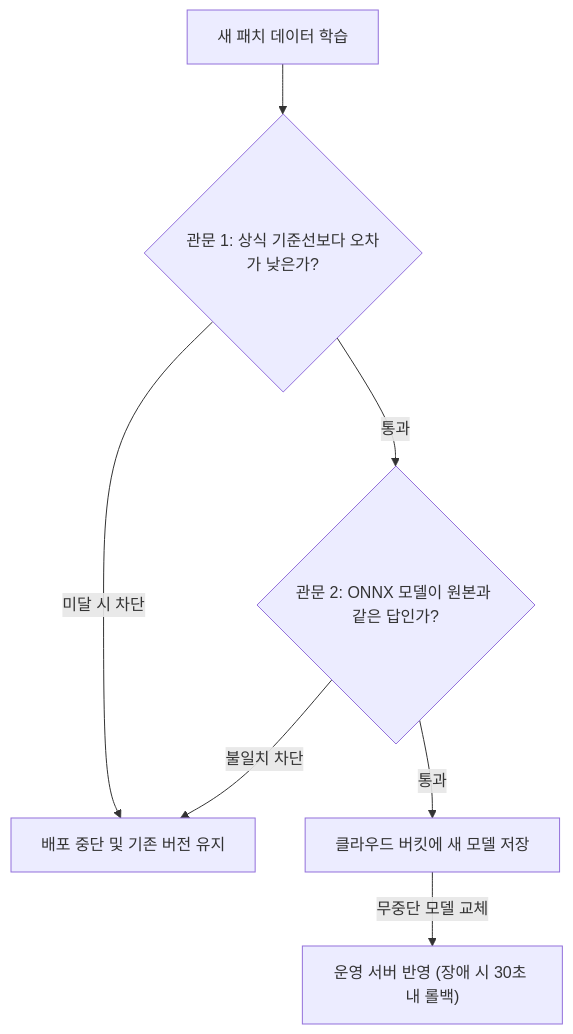
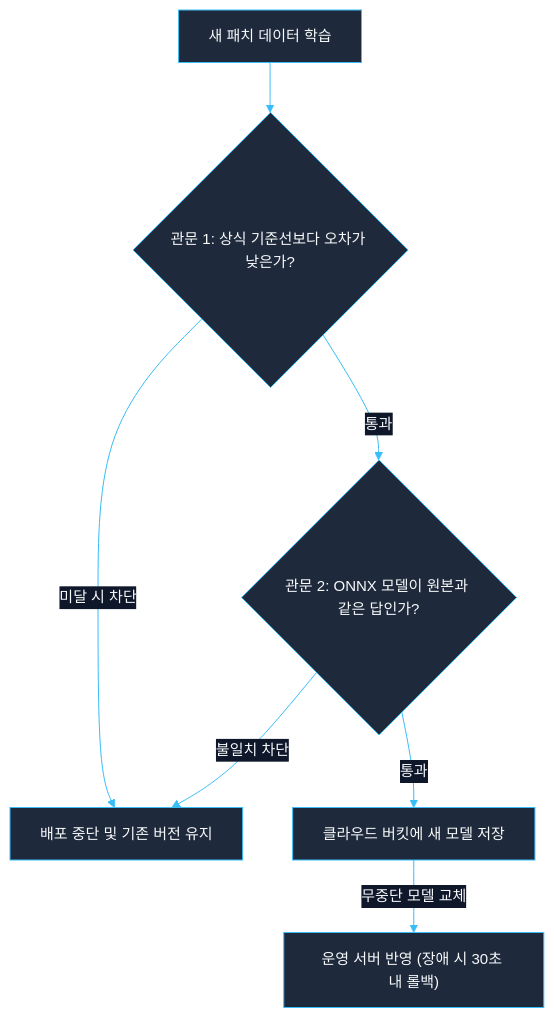
The third of 3 diagrams in 계획서.md (wpalswpa/lol-pacemaker-mlops), drawn with Mermaid before and after one commit. The commit also changed other lines of this file and 2 other files, not shown here.

Commit message:
docs: add visualized Task-Runner MLOps architecture & overlay HUD images and dark-theme readable Mermaid

````diff
--- a/계획서.md
+++ b/계획서.md
@@ -74,9 +80,10 @@
 ```mermaid
+%%{init: {'theme': 'base', 'themeVariables': {'primaryColor': '#1E293B', 'primaryTextColor': '#F8FAFC', 'primaryBorderColor': '#38BDF8', 'lineColor': '#38BDF8', 'edgeLabelBackground': '#0F172A', 'fontSize': '15px'}}}%%
 flowchart TD
     Train["새 패치 데이터 학습"] --> Gate1{"관문 1: 상식 기준선보다 오차가 낮은가?"}
     Gate1 -->|"미달 시 차단"| Block["배포 중단 및 기존 버전 유지"]
     Gate1 -->|"통과"| Gate2{"관문 2: ONNX 모델이 원본과 같은 답인가?"}
     Gate2 -->|"불일치 차단"| Block
     Gate2 -->|"통과"| S3["클라우드 버킷에 새 모델 저장"]
     S3 -->|"무중단 모델 교체"| Live["운영 서버 반영 (장애 시 30초 내 롤백)"]
 ```
````
